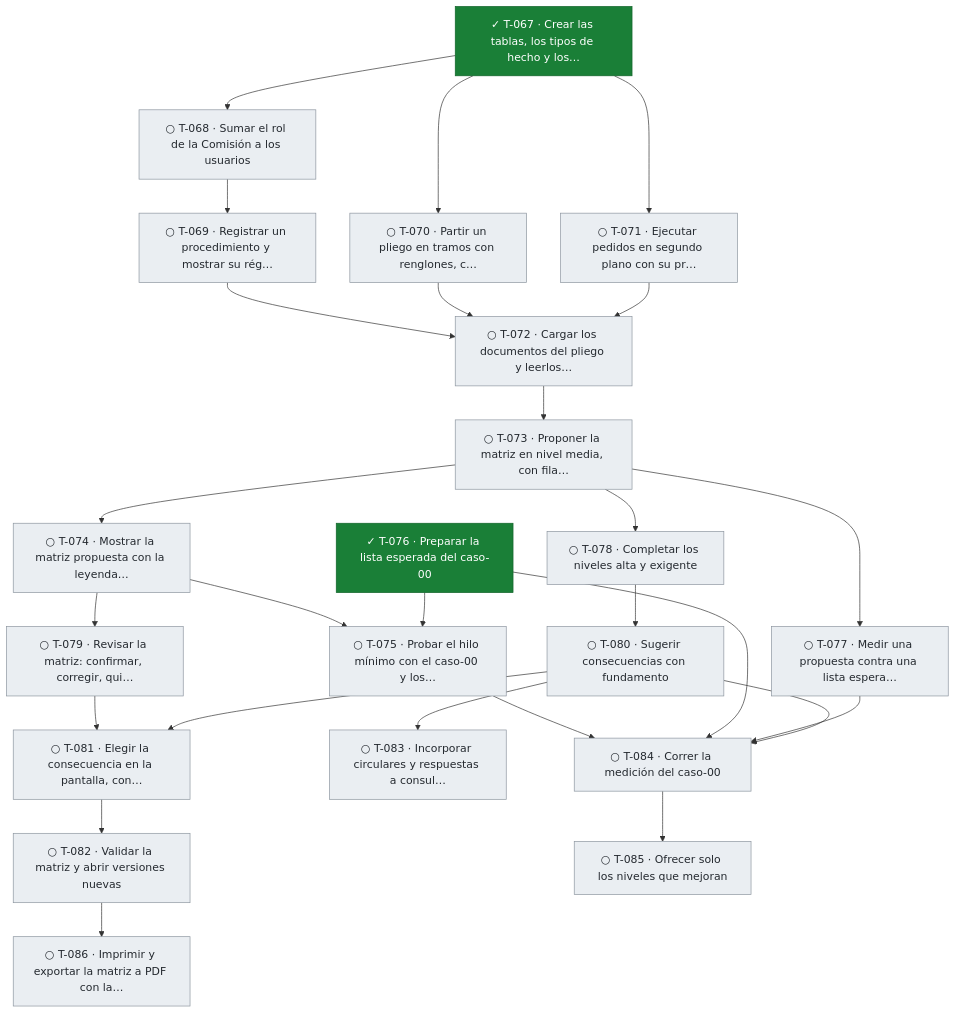
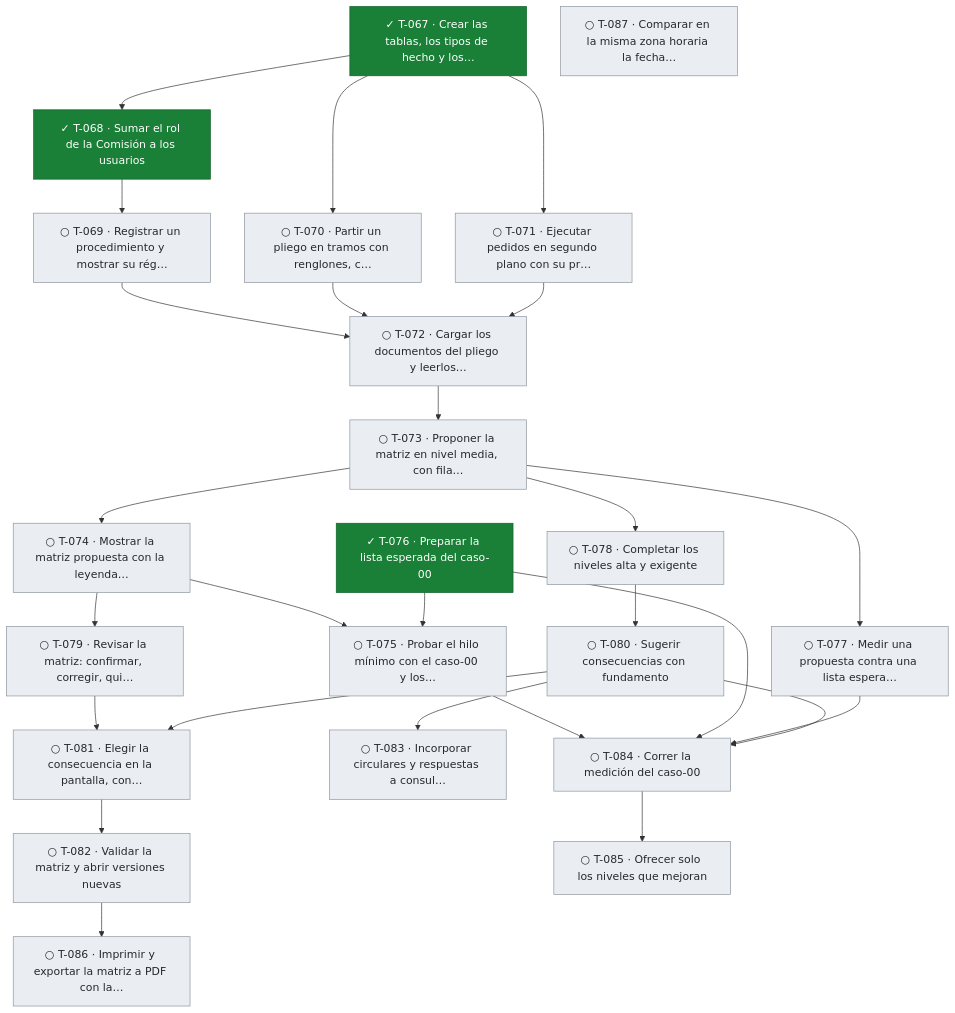
Before and after one commit to snavello/EVALUON: the fifth of 5 diagrams in docs/tablero.md, drawn with Mermaid. The commit also changed other lines of this file and 1 other file, not shown here.

````diff
--- a/docs/tablero.md
+++ b/docs/tablero.md
@@ -399,53 +400,54 @@
 ```mermaid
 flowchart TD
   T067["✓ T-067 · Crear las tablas, los tipos de hecho y los…"]:::done
-  T068["○ T-068 · Sumar el rol de la Comisión a los usuarios"]:::todo
+  T068["✓ T-068 · Sumar el rol de la Comisión a los usuarios"]:::done
   T069["○ T-069 · Registrar un procedimiento y mostrar su rég…"]:::todo
   T070["○ T-070 · Partir un pliego en tramos con renglones, c…"]:::todo
   T071["○ T-071 · Ejecutar pedidos en segundo plano con su pr…"]:::todo
   T072["○ T-072 · Cargar los documentos del pliego y leerlos…"]:::todo
   T073["○ T-073 · Proponer la matriz en nivel media, con fila…"]:::todo
   T074["○ T-074 · Mostrar la matriz propuesta con la leyenda…"]:::todo
   T075["○ T-075 · Probar el hilo mínimo con el caso-00 y los…"]:::todo
   T076["✓ T-076 · Preparar la lista esperada del caso-00"]:::done
   T077["○ T-077 · Medir una propuesta contra una lista espera…"]:::todo
   T078["○ T-078 · Completar los niveles alta y exigente"]:::todo
   T079["○ T-079 · Revisar la matriz: confirmar, corregir, qui…"]:::todo
   T080["○ T-080 · Sugerir consecuencias con fundamento"]:::todo
   T081["○ T-081 · Elegir la consecuencia en la pantalla, con…"]:::todo
   T082["○ T-082 · Validar la matriz y abrir versiones nuevas"]:::todo
   T083["○ T-083 · Incorporar circulares y respuestas a consul…"]:::todo
   T084["○ T-084 · Correr la medición del caso-00"]:::todo
   T085["○ T-085 · Ofrecer solo los niveles que mejoran"]:::todo
   T086["○ T-086 · Imprimir y exportar la matriz a PDF con la…"]:::todo
+  T087["○ T-087 · Comparar en la misma zona horaria la fecha…"]:::todo
   T067 --> T068
   T068 --> T069
   T067 --> T070
   T067 --> T071
   T069 --> T072
   T070 --> T072
   T071 --> T072
   T072 --> T073
   T073 --> T074
   T074 --> T075
   T076 --> T075
   T073 --> T077
   T073 --> T078
   T074 --> T079
   T078 --> T080
   T079 --> T081
   T080 --> T081
   T081 --> T082
   T080 --> T083
   T075 --> T084
   T076 --> T084
   T077 --> T084
   T080 --> T084
   T084 --> T085
   T082 --> T086
   classDef done fill:#1a7f37,stroke:#116329,color:#ffffff
   classDef review fill:#0969da,stroke:#0550ae,color:#ffffff
   classDef active fill:#bf8700,stroke:#7d4e00,color:#ffffff
   classDef blocked fill:#cf222e,stroke:#a40e26,color:#ffffff
   classDef todo fill:#eaeef2,stroke:#8c959f,color:#24292f
 ```
````
